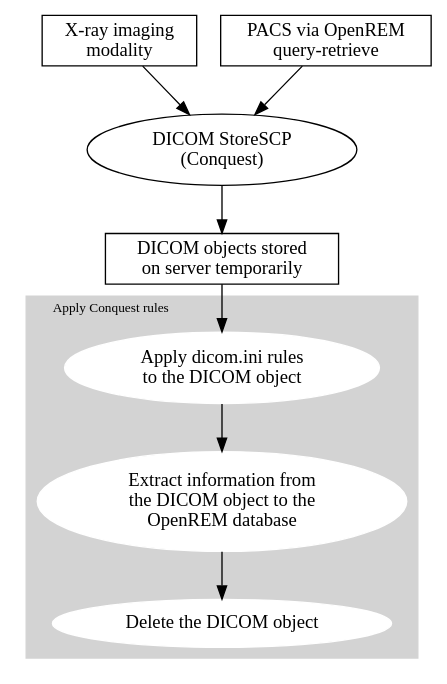
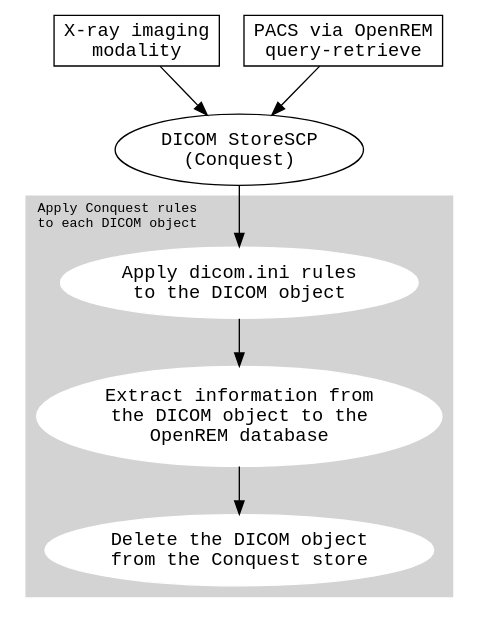
One commit to ckswilliams/modOpenREM changed the diagram in docs/testgraphviz.rst. Above: the diagram before and after it, drawn with Graphviz.

Commit message:
Updating typeface and tidying up

```diff
--- a/docs/testgraphviz.rst
+++ b/docs/testgraphviz.rst
@@ -4,26 +4,26 @@
 .. graphviz::
 
    digraph {
       subgraph cluster_rules {
          node [style=filled,color=white];
          style=filled;
          color=lightgrey;
          conquest_script -> populate_database -> delete_object;
-         label = "Apply Conquest rules";
+         label = "Apply Conquest rules\nto each DICOM object";
+         fontname="Courier";
          fontsize=10;
          labelloc=t;
          labeljust=l;
       }
 
       modality -> conquest;
       pacs -> conquest;
-      conquest -> storage -> conquest_script;
+      conquest -> conquest_script;
 
-      modality [shape=box, label="X-ray imaging\nmodality"];
-      pacs [shape=box, label="PACS via OpenREM\nquery-retrieve"];
-      conquest [label="DICOM StoreSCP\n(Conquest)"];
-      storage [shape=box, label="DICOM objects stored\non server temporarily"];
-      conquest_script [label="Apply dicom.ini rules\nto the DICOM object"];
-      populate_database [label="Extract information from\nthe DICOM object to the\nOpenREM database"];
-      delete_object [label="Delete the DICOM object"];
+      modality [shape=box, label="X-ray imaging\nmodality", fontname="Courier"];
+      pacs [shape=box, label="PACS via OpenREM\nquery-retrieve", fontname="Courier"];
+      conquest [label="DICOM StoreSCP\n(Conquest)", fontname="Courier"];
+      conquest_script [label="Apply dicom.ini rules\nto the DICOM object", fontname="Courier"];
+      populate_database [label="Extract information from\nthe DICOM object to the\nOpenREM database", fontname="Courier"];
+      delete_object [label="Delete the DICOM object\nfrom the Conquest store", fontname="Courier"];
    }
```
